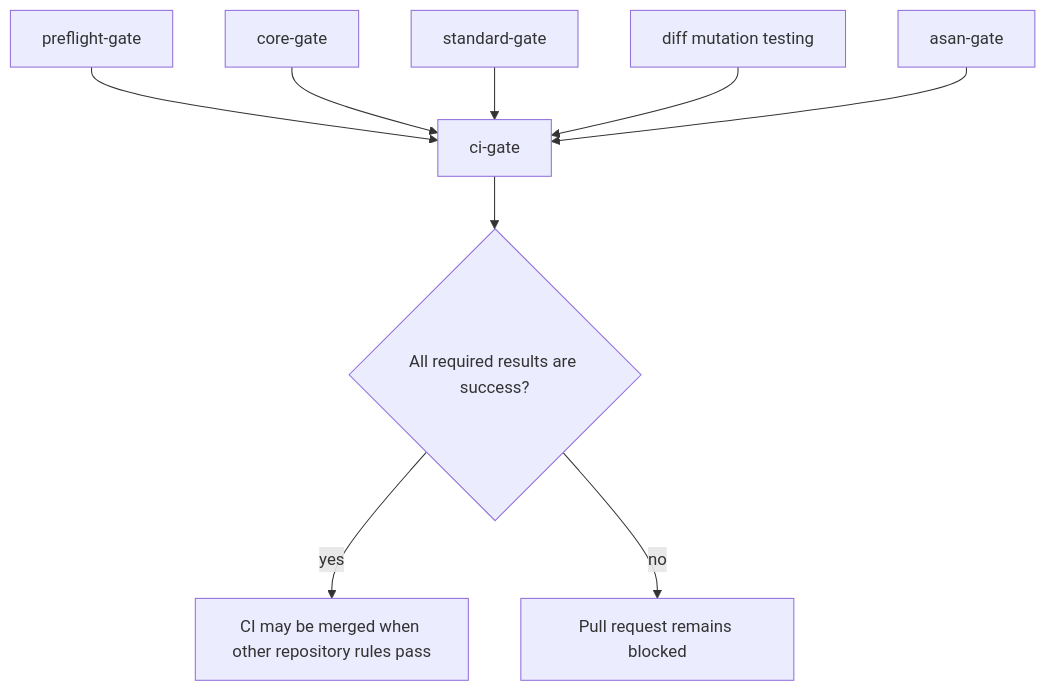
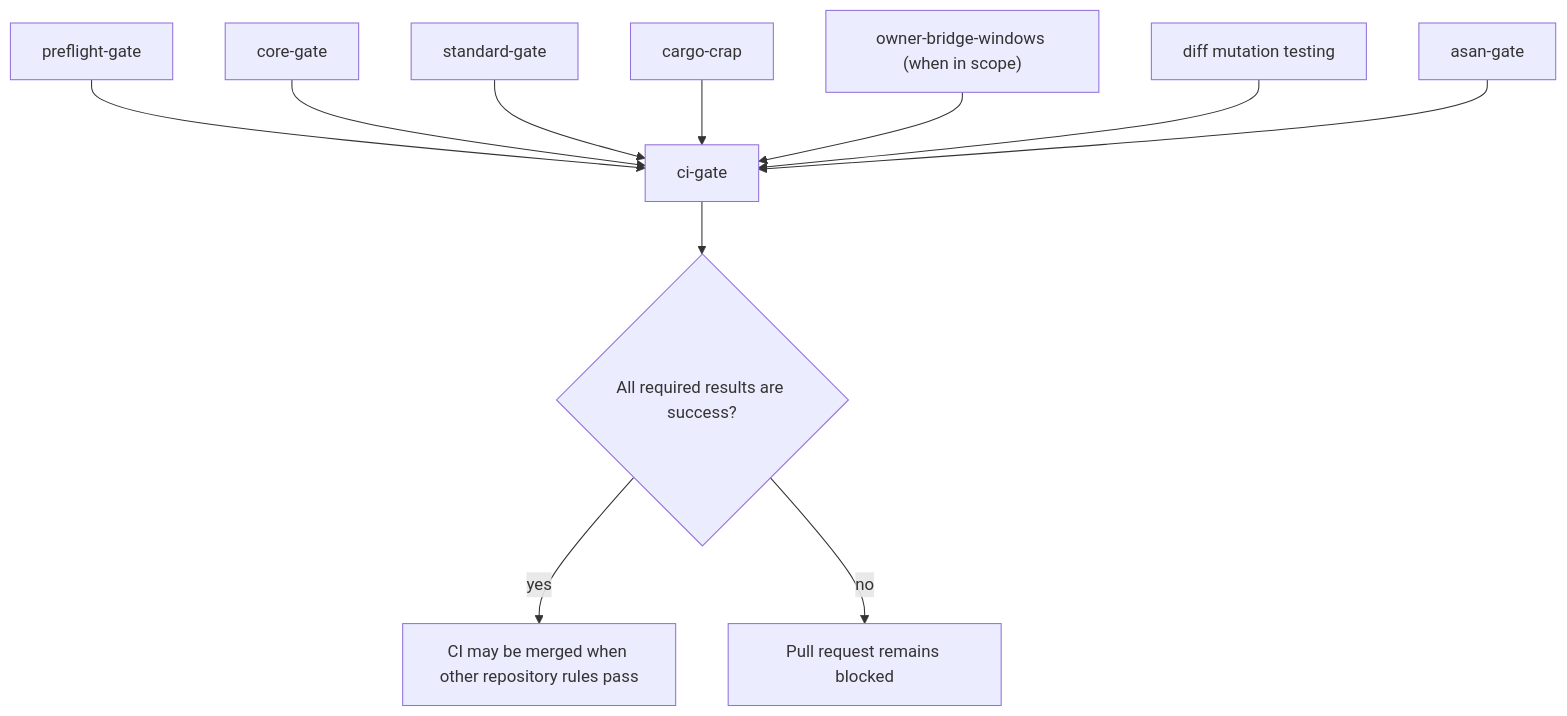
Before and after one commit to arceushui/pigloros: diagram 11 of 14 in CONTRIBUTING.md, drawn with Mermaid. The commit also changed other lines of this file and 160 other files, not shown here.

````diff
--- a/CONTRIBUTING.md
+++ b/CONTRIBUTING.md
@@ -350,11 +358,13 @@
 ```mermaid
 flowchart TD
     B1["preflight-gate"] --> G["ci-gate"]
     B2["core-gate"] --> G
     B3["standard-gate"] --> G
+    B6["cargo-crap"] --> G
+    B7["owner-bridge-windows (when in scope)"] --> G
     B4["diff mutation testing"] --> G
     B5["asan-gate"] --> G
     G --> M{"All required results are success?"}
     M -->|"yes"| P["CI may be merged when other repository rules pass"]
     M -->|"no"| F["Pull request remains blocked"]
 ```
````
